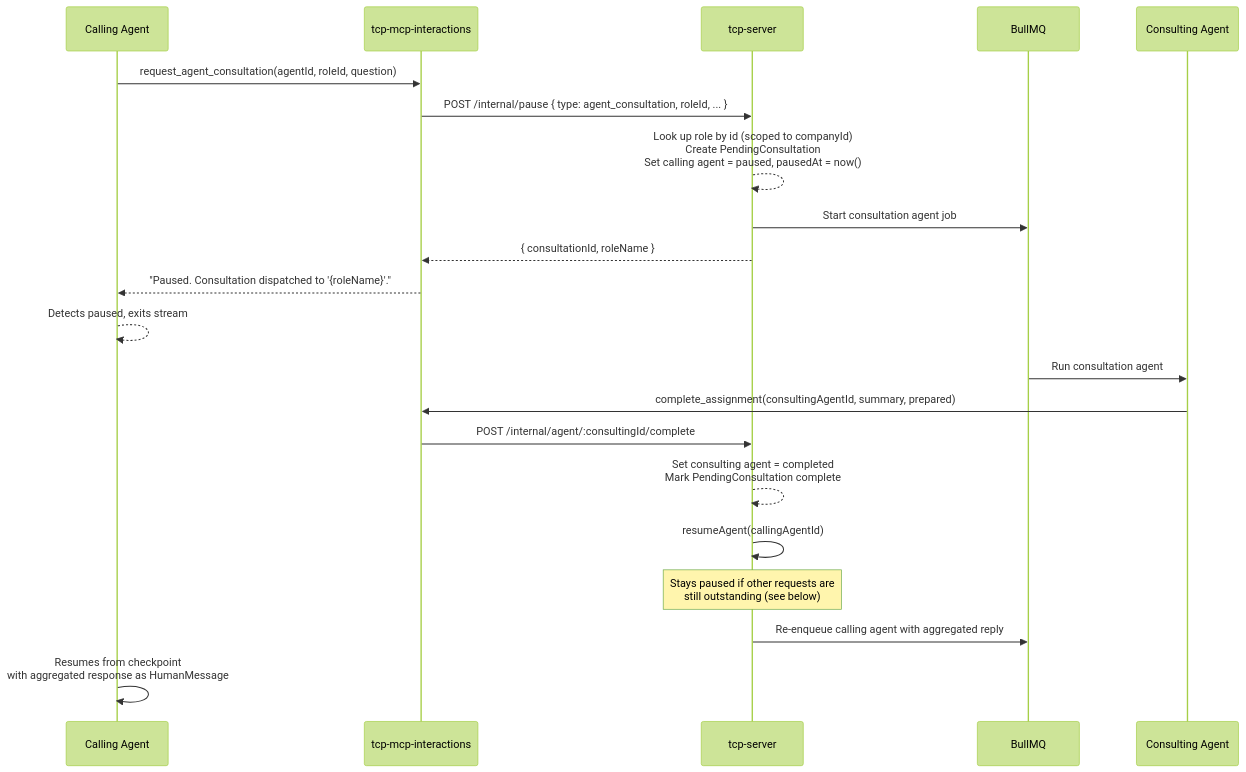
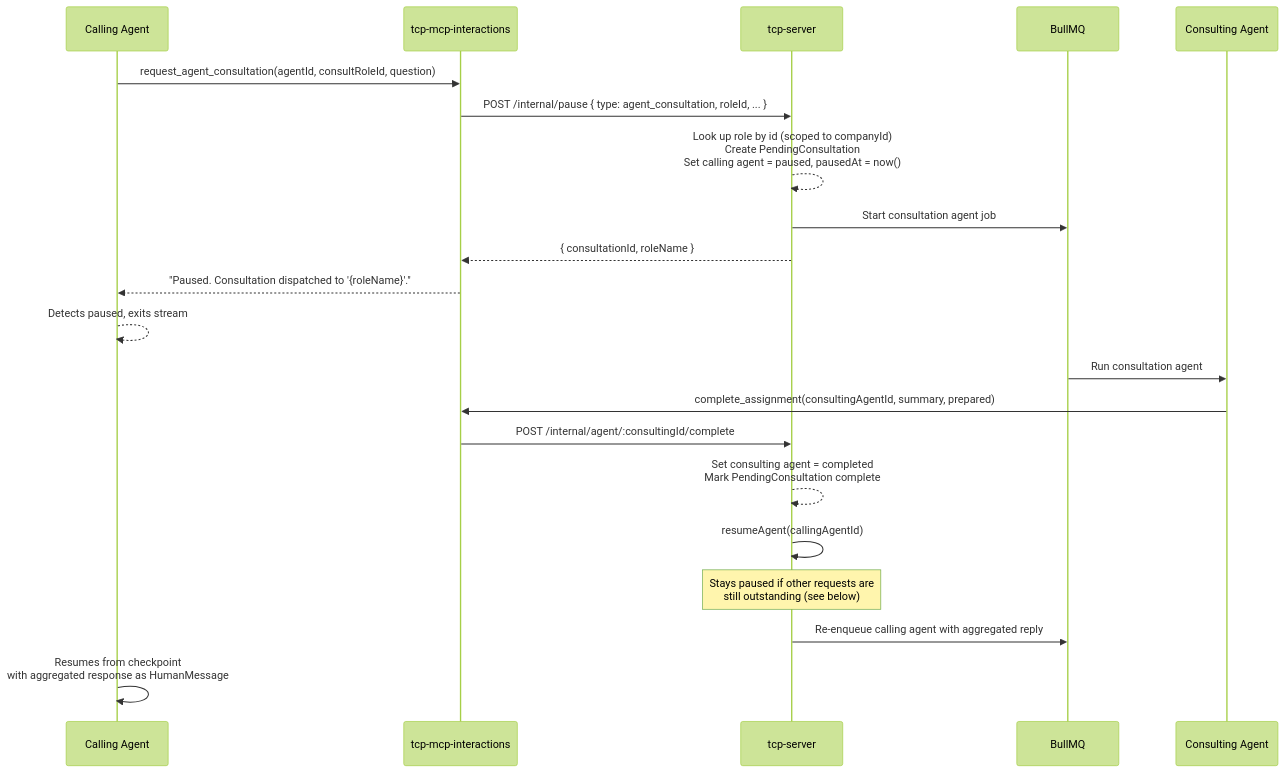
The diagram in docs/cross-agent-consultations.md (instantiator/tcp-server), drawn with Mermaid (forest theme) before and after one commit. The commit also changed other lines of this file and 7 other files, not shown here.

````diff
--- a/docs/cross-agent-consultations.md
+++ b/docs/cross-agent-consultations.md
@@ -67,26 +67,26 @@
 ```mermaid
 sequenceDiagram
     participant CA as Calling Agent
     participant I as tcp-mcp-interactions
     participant S as tcp-server
     participant Q as BullMQ
     participant CON as Consulting Agent
 
-    CA->>I: request_agent_consultation(agentId, roleId, question)
+    CA->>I: request_agent_consultation(agentId, consultRoleId, question)
     I->>S: POST /internal/pause { type: agent_consultation, roleId, ... }
     S-->>S: Look up role by id (scoped to companyId)<br/>Create PendingConsultation<br/>Set calling agent = paused, pausedAt = now()
     S->>Q: Start consultation agent job
     S-->>I: { consultationId, roleName }
     I-->>CA: "Paused. Consultation dispatched to '{roleName}'."
     CA-->>CA: Detects paused, exits stream
 
     Q->>CON: Run consultation agent
     CON->>I: complete_assignment(consultingAgentId, summary, prepared)
     I->>S: POST /internal/agent/:consultingId/complete
     S-->>S: Set consulting agent = completed<br/>Mark PendingConsultation complete
     S->>S: resumeAgent(callingAgentId)
     Note over S: Stays paused if other requests are<br/>still outstanding (see below)
     S->>Q: Re-enqueue calling agent with aggregated reply
 
     CA->>CA: Resumes from checkpoint<br/>with aggregated response as HumanMessage
 ```
````
